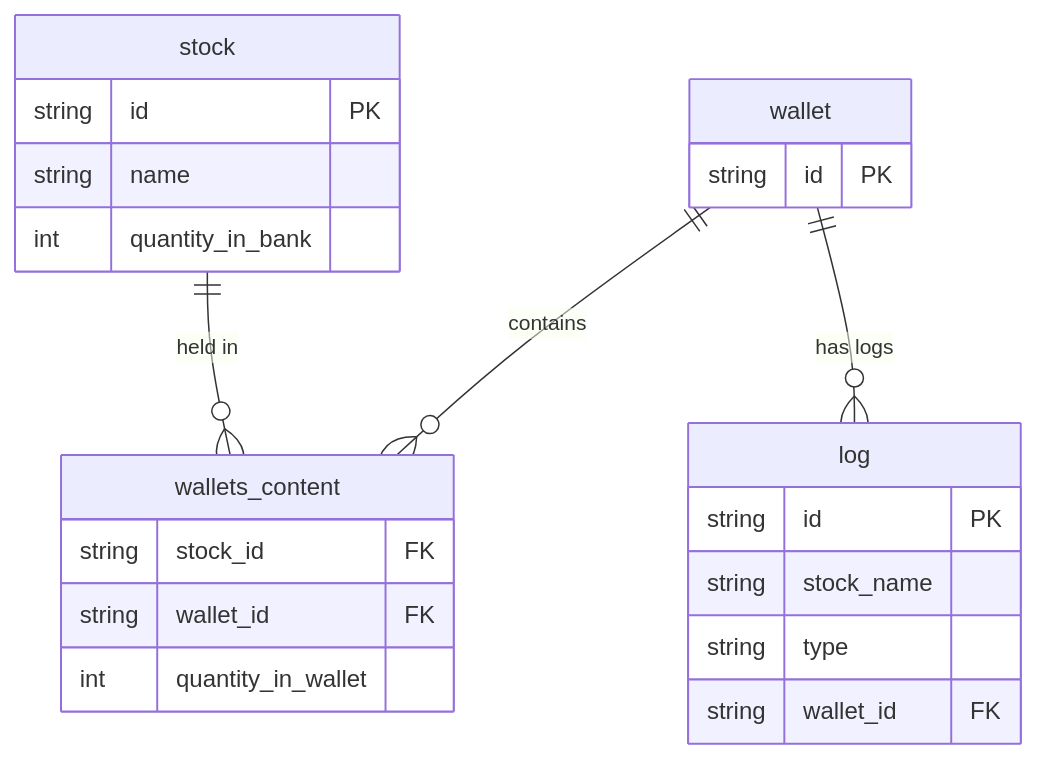
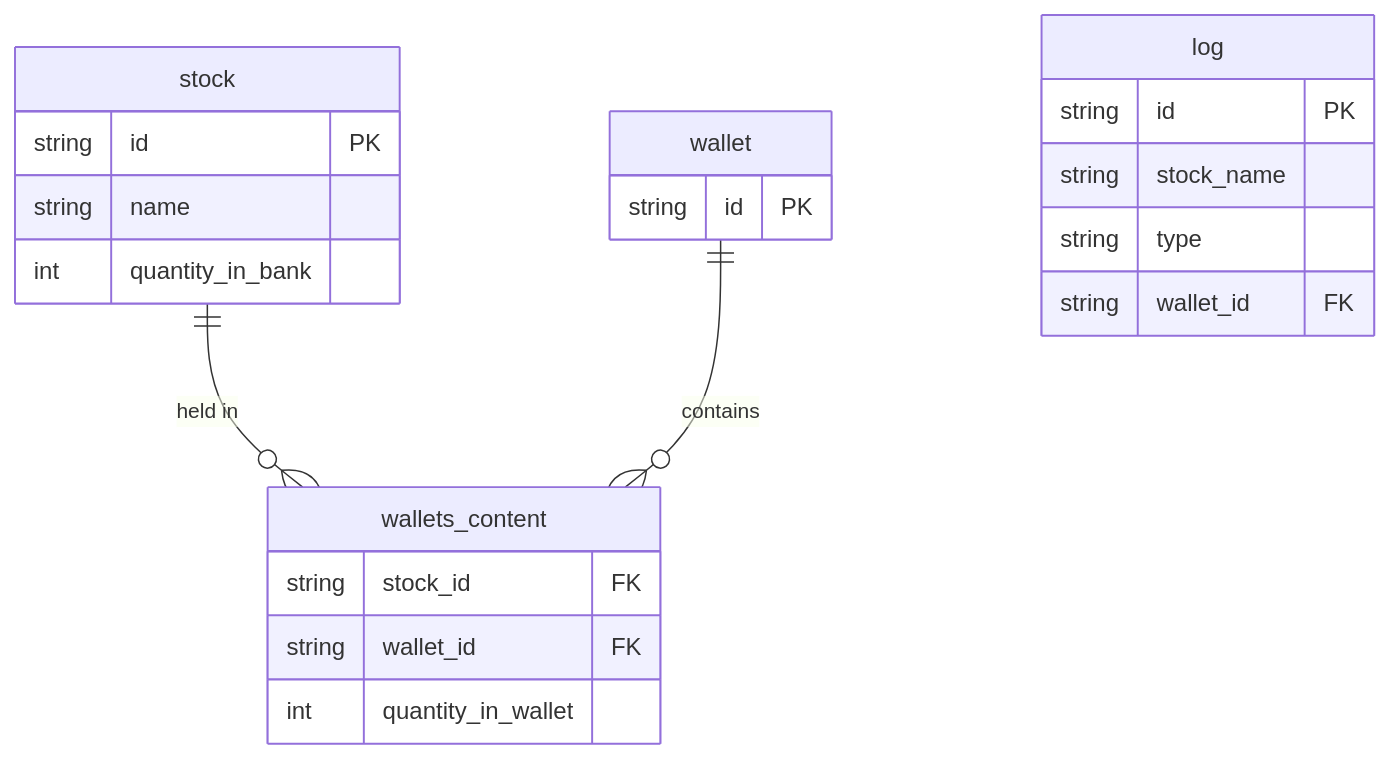
One commit to c-i-a-s-t-e-k/simplified-stock-market changed the diagram in TECHNICAL.md. Above: the diagram before and after it, drawn with Mermaid.

````diff
--- a/TECHNICAL.md
+++ b/TECHNICAL.md
@@ -41,26 +41,25 @@
 ```mermaid
 erDiagram
   stock {
     string id PK
     string name
     int quantity_in_bank
   }
   wallet {
     string id PK
   }
   wallets_content {
     string stock_id FK
     string wallet_id FK
     int quantity_in_wallet
   }
   log {
     string id PK
     string stock_name
     string type
     string wallet_id FK
   }
 
   stock ||--o{ wallets_content : "held in"
   wallet ||--o{ wallets_content : "contains"
-  wallet ||--o{ log : "has logs"
 ```
````
